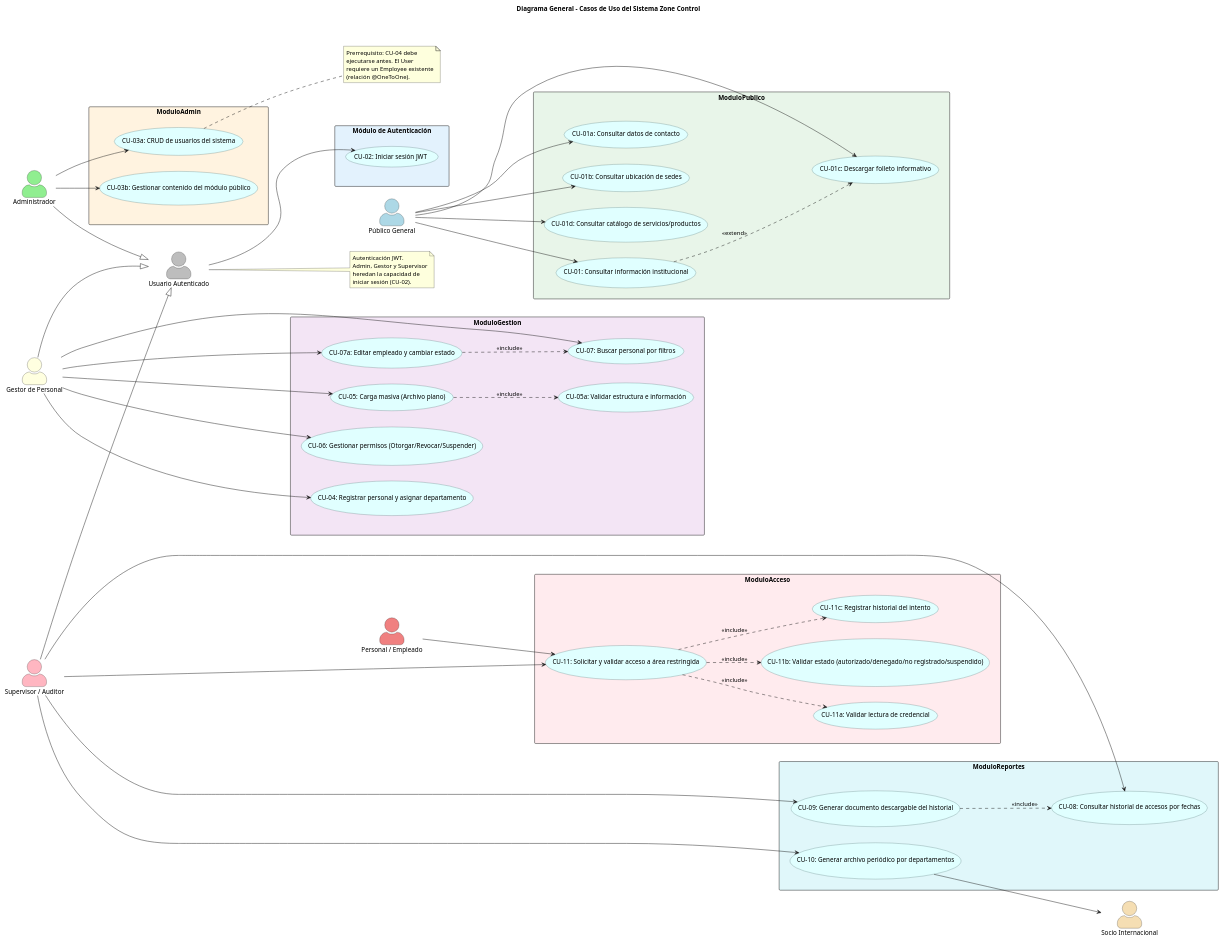
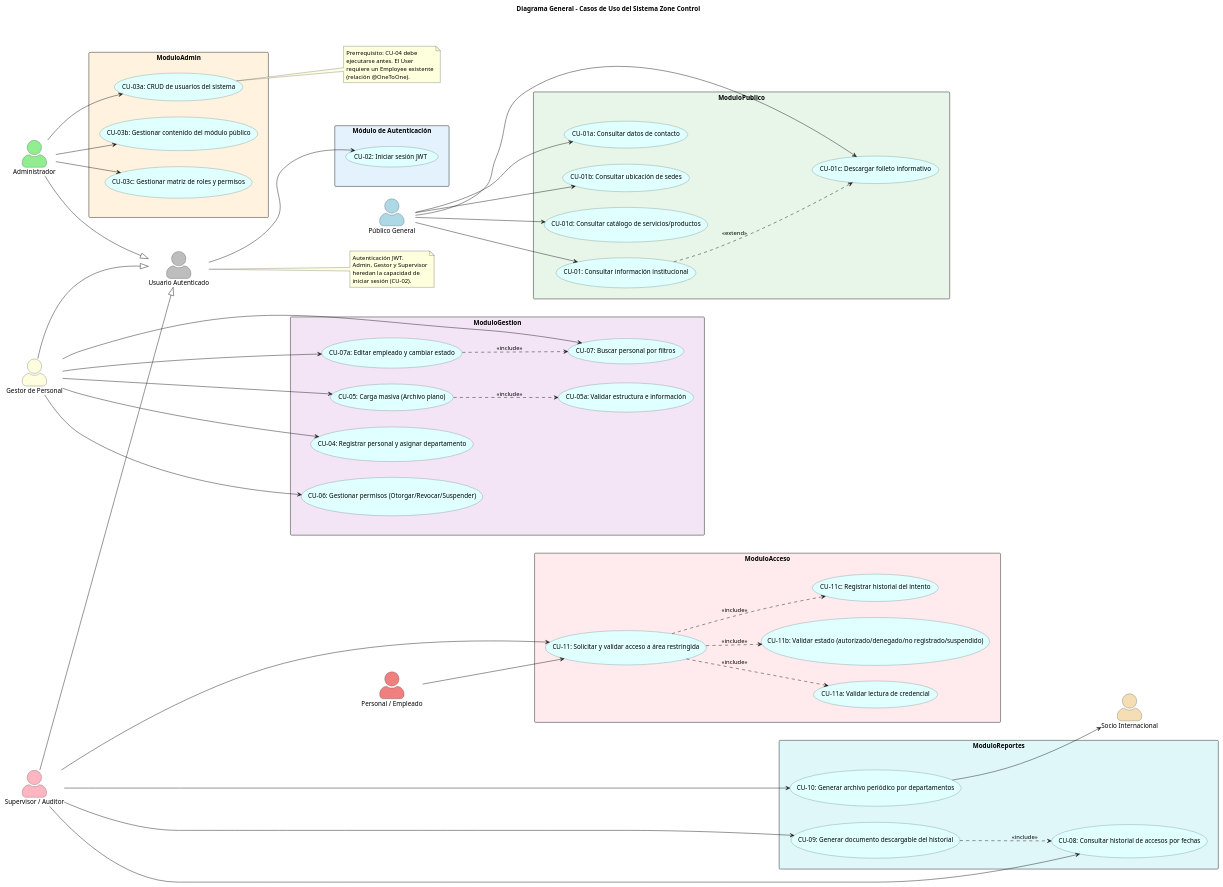
The diagram in docs/diagramas/casos_uso/00_diagrama_general.puml (ElianMMCode/Zone-Control), drawn with PlantUML before and after one commit. The commit also changed 3 other files, not shown here.

```diff
--- a/docs/diagramas/casos_uso/00_diagrama_general.puml
+++ b/docs/diagramas/casos_uso/00_diagrama_general.puml
@@ -1,132 +1,134 @@
 @startuml
 title Diagrama General - Casos de Uso del Sistema Zone Control
 skinparam usecase {
   BackgroundColor LightCyan
   BorderColor DarkSlateGray
 }
 skinparam actorStyle awesome
 skinparam packageStyle rectangle
 left to right direction
 
 ' =============================================
 ' ACTORES
 ' =============================================
 
 actor "Usuario Autenticado" as Auth #BDBDBD
 actor "Público General" as Publico #LightBlue
 actor "Administrador" as Admin #LightGreen
 actor "Gestor de Personal" as Gestor #LightYellow
 actor "Personal / Empleado" as Empleado #LightCoral
 actor "Supervisor / Auditor" as Supervisor #LightPink
 actor "Socio Internacional" as Socio #Wheat
 
 ' =============================================
 ' HERENCIA (actores autenticados heredan de Auth)
 ' =============================================
 
 Admin --|> Auth
 Gestor --|> Auth
 Supervisor --|> Auth
 
 note right of Auth
   Autenticación JWT.
   Admin, Gestor y Supervisor
   heredan la capacidad de
   iniciar sesión (CU-02).
 end note
 
 ' =============================================
 ' MÓDULOS (apilados verticalmente, ordenados
 ' según el actor que los usa para evitar cruces)
 ' =============================================
 
 package "Módulo de Autenticación" as ModuloAutenticacion #E3F2FD {
   usecase "CU-02: Iniciar sesión JWT" as UC_LOGIN
 }
 
 Auth --> UC_LOGIN
 
 ModuloAutenticacion -[hidden]down- ModuloPublico
 
 package "Módulo Público" as ModuloPublico #E8F5E9 {
   usecase "CU-01: Consultar información institucional" as UC01
   usecase "CU-01a: Consultar datos de contacto" as UC01a
   usecase "CU-01b: Consultar ubicación de sedes" as UC01b
   usecase "CU-01c: Descargar folleto informativo" as UC01c
   usecase "CU-01d: Consultar catálogo de servicios/productos" as UC01d
   UC01 ..> UC01c : <<extend>>
 }
 
 Publico --> UC01
 Publico --> UC01a
 Publico --> UC01b
 Publico --> UC01c
 Publico --> UC01d
 
 ModuloPublico -[hidden]down- ModuloAdmin
 
 package "Módulo de Administración" as ModuloAdmin #FFF3E0 {
   usecase "CU-03a: CRUD de usuarios del sistema" as UC03a
   usecase "CU-03b: Gestionar contenido del módulo público" as UC03b
+  usecase "CU-03c: Gestionar matriz de roles y permisos" as UC03c
 }
 
 Admin --> UC03a
 Admin --> UC03b
+Admin --> UC03c
 
 note right of UC03a
   Prerrequisito: CU-04 debe
   ejecutarse antes. El User
   requiere un Employee existente
   (relación @OneToOne).
 end note
 
 ModuloAdmin -[hidden]down- ModuloGestion
 
 package "Módulo de Gestión de Personal" as ModuloGestion #F3E5F5 {
   usecase "CU-04: Registrar personal y asignar departamento" as UC04
   usecase "CU-05: Carga masiva (Archivo plano)" as UC05
   usecase "CU-05a: Validar estructura e información" as UC05a
   usecase "CU-06: Gestionar permisos (Otorgar/Revocar/Suspender)" as UC06
   usecase "CU-07: Buscar personal por filtros" as UC07
   usecase "CU-07a: Editar empleado y cambiar estado" as UC07a
   UC05 ..> UC05a : <<include>>
   UC07a ..> UC07 : <<include>>
 }
 
 Gestor --> UC04
 Gestor --> UC05
 Gestor --> UC06
 Gestor --> UC07
 Gestor --> UC07a
 
 ModuloGestion -[hidden]down- ModuloAcceso
 
 package "Módulo de Control de Acceso Físico" as ModuloAcceso #FFEBEE {
   usecase "CU-11: Solicitar y validar acceso a área restringida" as UC11
   usecase "CU-11a: Validar lectura de credencial" as UC11a
   usecase "CU-11b: Validar estado (autorizado/denegado/no registrado/suspendido)" as UC11b
   usecase "CU-11c: Registrar historial del intento" as UC11c
   UC11 ..> UC11a : <<include>>
   UC11 ..> UC11b : <<include>>
   UC11 ..> UC11c : <<include>>
 }
 
 Empleado --> UC11
 Supervisor --> UC11
 
 ModuloAcceso -[hidden]down- ModuloReportes
 
 package "Módulo de Reportes y Auditoría" as ModuloReportes #E0F7FA {
   usecase "CU-08: Consultar historial de accesos por fechas" as UC08
   usecase "CU-09: Generar documento descargable del historial" as UC09
   usecase "CU-10: Generar archivo periódico por departamentos" as UC10
   UC09 ..> UC08 : <<include>>
 }
 
 Supervisor --> UC08
 Supervisor --> UC09
 Supervisor --> UC10
 
 UC10 --> Socio
 
 @enduml
```
